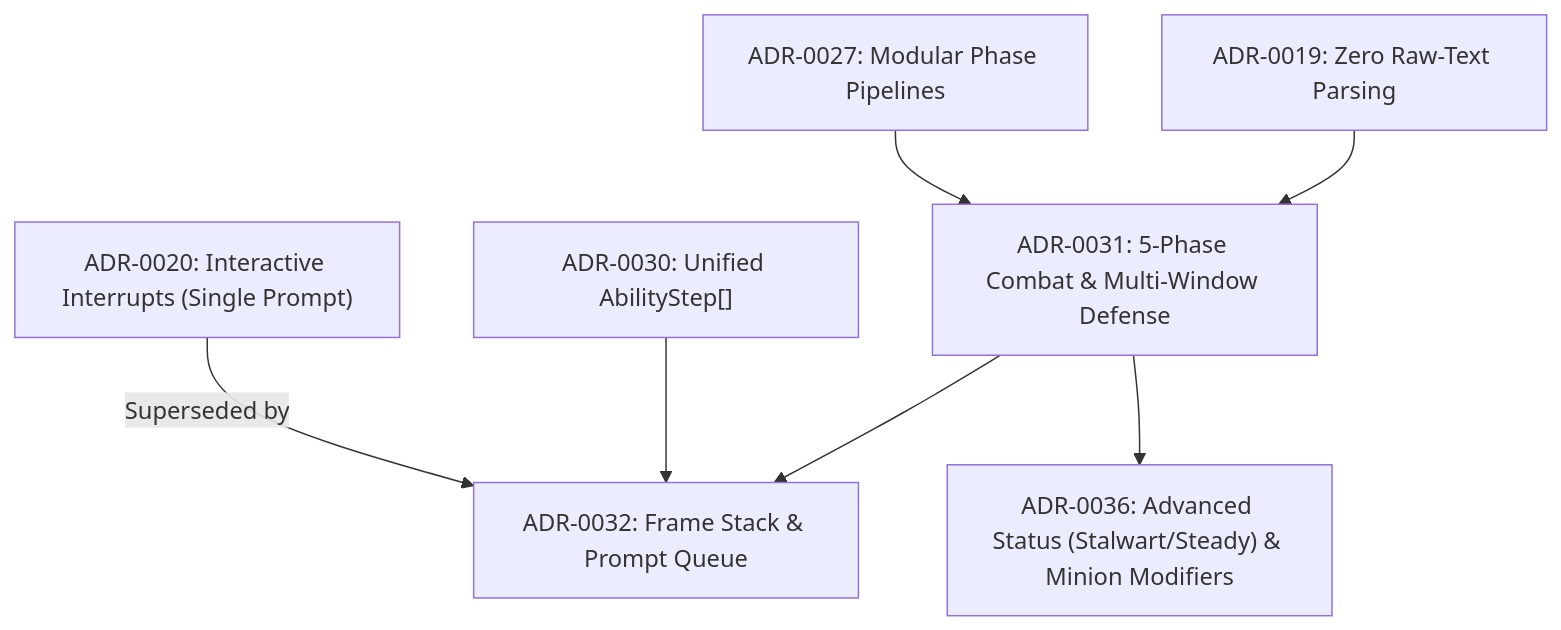
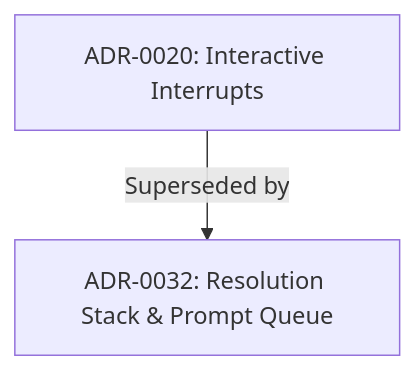
The second of 5 diagrams in docs/decisions/README.md (SteveRodrigue/MCD), drawn with Mermaid before and after one commit. The commit also changed other lines of this file and 2 other files, not shown here.

Commit message:
docs(decisions): align ADR lineage and spec status

````diff
--- a/docs/decisions/README.md
+++ b/docs/decisions/README.md
@@ -63,9 +37,4 @@
 ```mermaid
 graph TD
-    ADR27["ADR-0027: Modular Phase Pipelines"] --> ADR31["ADR-0031: 5-Phase Combat & Multi-Window Defense"]
-    ADR19["ADR-0019: Zero Raw-Text Parsing"] --> ADR31
-    ADR20["ADR-0020: Interactive Interrupts (Single Prompt)"] -->|Superseded by| ADR32["ADR-0032: Frame Stack & Prompt Queue"]
-    ADR30["ADR-0030: Unified AbilityStep[]"] --> ADR32
-    ADR31 --> ADR32
-    ADR31 --> ADR36["ADR-0036: Advanced Status (Stalwart/Steady) & Minion Modifiers"]
+    ADR20["ADR-0020: Interactive Interrupts"] -->|Superseded by| ADR32["ADR-0032: Resolution Stack & Prompt Queue"]
 ```
````
